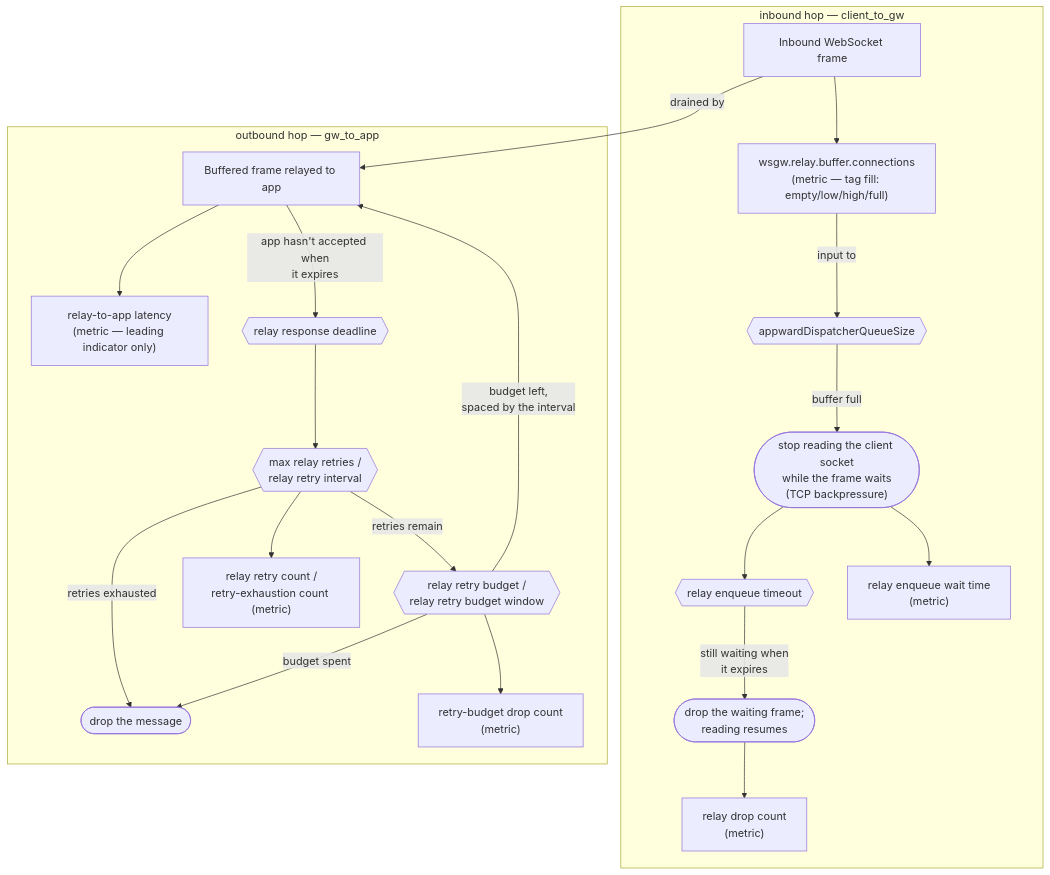
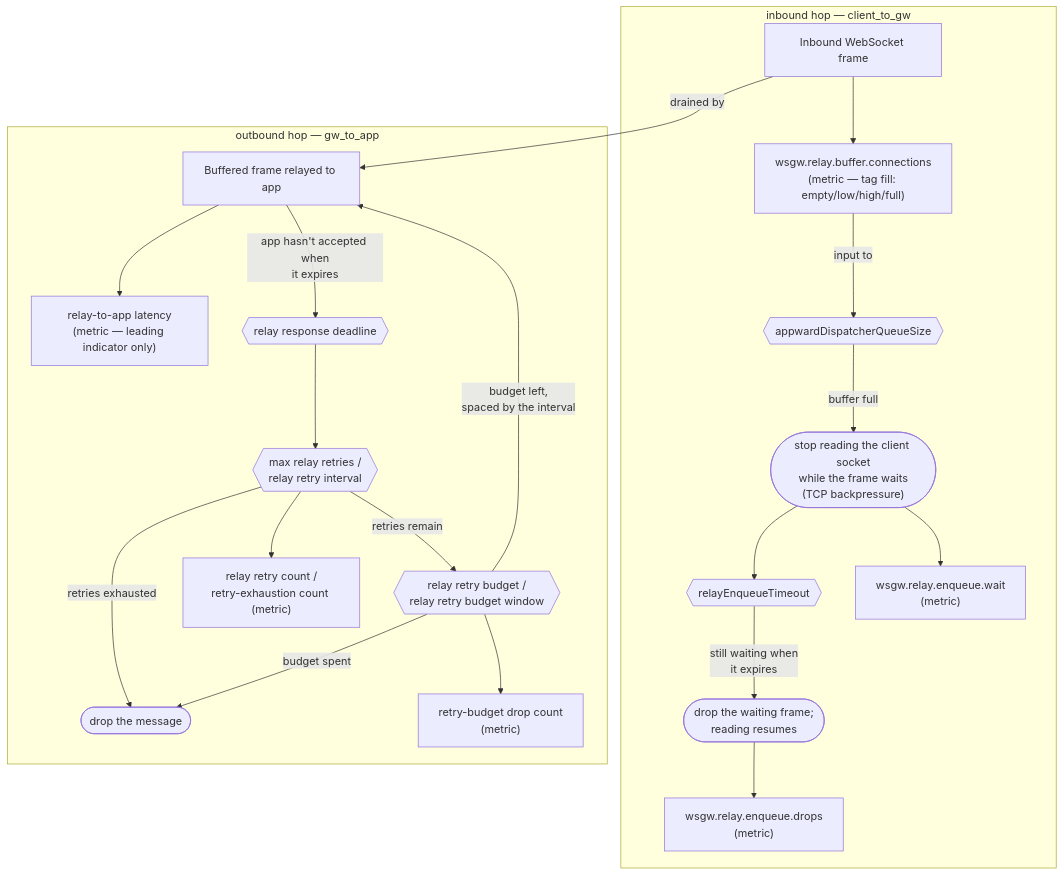
One commit to pdkovacs/wsgw-jakarta changed the fourth of 4 diagrams in docs/backpressure.md. Above: the diagram before and after it, drawn with Mermaid. The commit also changed other lines of this file and 7 other files, not shown here.

Commit message:
Congestion control: RELAY inbound hop / enqueue drop count / enqueue timeout

````diff
--- a/docs/backpressure.md
+++ b/docs/backpressure.md
@@ -691,30 +693,30 @@
 ```mermaid
 flowchart TD
     subgraph inbound["inbound hop — client_to_gw"]
         E1["Inbound WebSocket frame"]
         ActDrop(["drop the waiting frame;\nreading resumes"])
         E1 --> MetricFill["wsgw.relay.buffer.connections\n(metric — tag fill: empty/low/high/full)"]
         MetricFill -->|"input to"| KnobQueueSize{{"appwardDispatcherQueueSize"}}
         KnobQueueSize -->|"buffer full"| ActStopRead(["stop reading the client socket\nwhile the frame waits\n(TCP backpressure)"])
-        ActStopRead --> KnobEnqueueTimeout{{"relay enqueue timeout"}}
+        ActStopRead --> KnobEnqueueTimeout{{"relayEnqueueTimeout"}}
         KnobEnqueueTimeout -->|"still waiting when\nit expires"| ActDrop
-        ActStopRead --> MetricWait["relay enqueue wait time\n(metric)"]
-        ActDrop --> MetricDrops["relay drop count\n(metric)"]
+        ActStopRead --> MetricWait["wsgw.relay.enqueue.wait\n(metric)"]
+        ActDrop --> MetricDrops["wsgw.relay.enqueue.drops\n(metric)"]
     end
 
     subgraph outbound["outbound hop — gw_to_app"]
         E0["Buffered frame relayed to app"]
         ActDropMessage(["drop the message"])
         E0 --> MetricLatency["relay-to-app latency\n(metric — leading indicator only)"]
         E0 -->|"app hasn't accepted when\nit expires"| KnobDeadline{{"relay response deadline"}}
         KnobDeadline --> KnobRetries{{"max relay retries /\nrelay retry interval"}}
         KnobRetries -->|"retries remain"| KnobBudget{{"relay retry budget /\nrelay retry budget window"}}
         KnobBudget -->|"budget left,\nspaced by the interval"| E0
         KnobRetries -->|"retries exhausted"| ActDropMessage
         KnobBudget -->|"budget spent"| ActDropMessage
         KnobRetries --> MetricRetries["relay retry count /\nretry-exhaustion count (metric)"]
         KnobBudget --> MetricBudgetDrops["retry-budget drop count\n(metric)"]
     end
 
     E1 -->|"drained by"| E0
 ```
````
